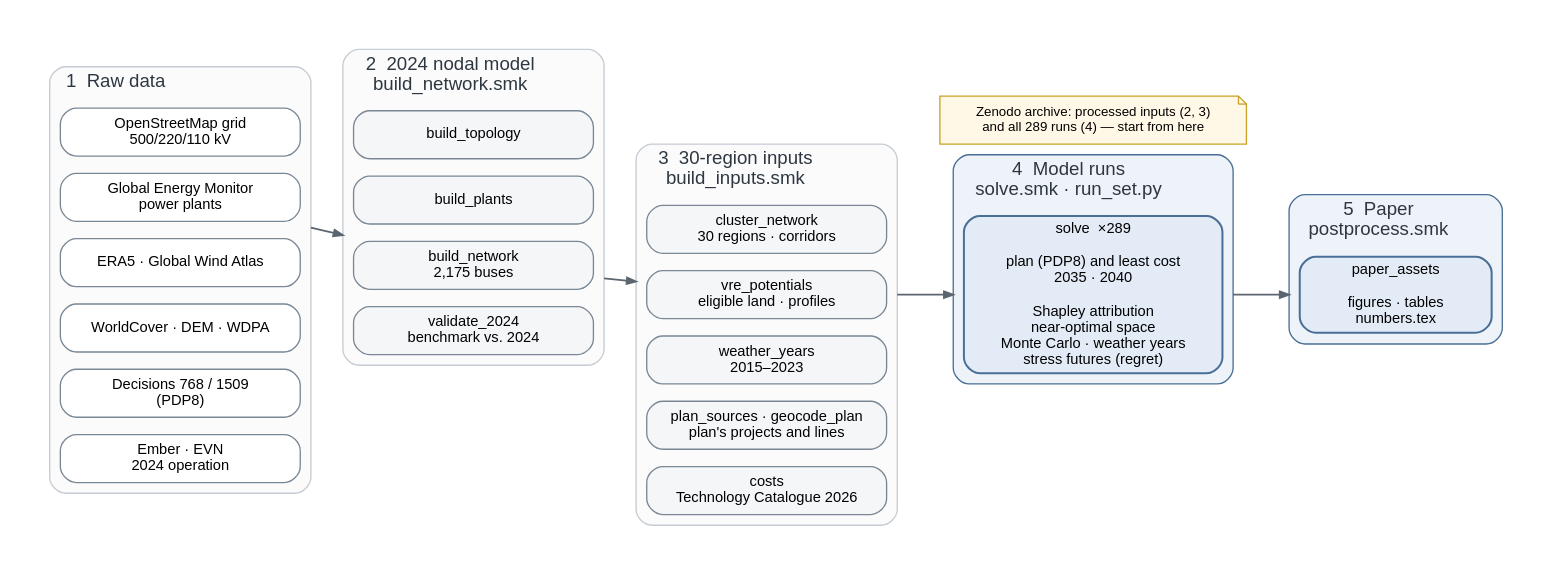
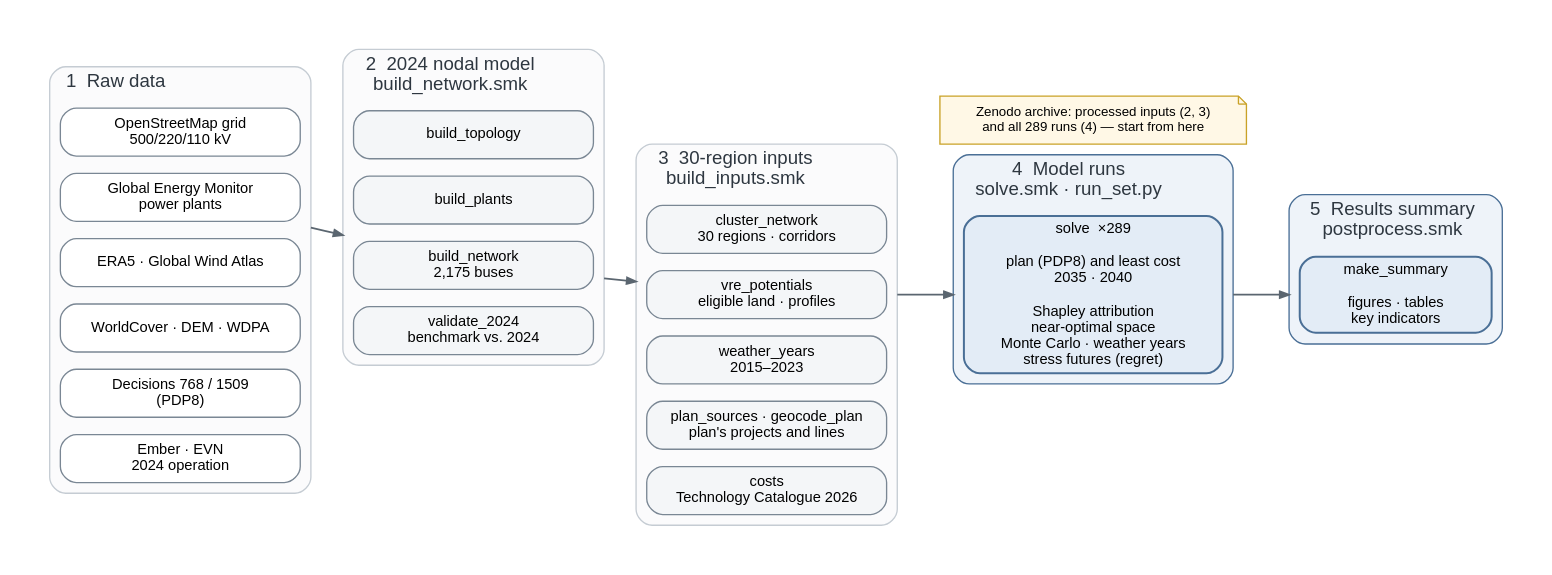
The diagram in docs/img/workflow.dot (nautel/pypsa-vn-pdp8), drawn with Graphviz before and after one commit. The commit also changed 12 other files, not shown here.

Commit message:
v1.1.1: pipeline oriented to results (make_summary: figures, tables, key_indicators.csv); Outputs section in README

```diff
--- a/docs/img/workflow.dot
+++ b/docs/img/workflow.dot
@@ -1,36 +1,36 @@
 digraph G {
   graph [rankdir=LR, compound=true, newrank=true, fontname="Helvetica", fontsize=14, nodesep=0.18, ranksep=0.55, bgcolor="white", pad=0.3, labeljust=l];
   node  [shape=box, style="rounded,filled", fontname="Helvetica", fontsize=11, color="#7a8794", fillcolor="#f4f6f8", width=2.5, margin="0.12,0.06"];
   edge  [color="#5b6670", arrowsize=0.7, penwidth=1.3];
 
   subgraph cluster_raw { label="1  Raw data"; fontcolor="#2e3740"; style="rounded,filled"; fillcolor="#fbfbfc"; color="#c5ccd3";
     {rank=same; osm [label="OpenStreetMap grid\n500/220/110 kV", fillcolor="white"];
     gem [label="Global Energy Monitor\npower plants", fillcolor="white"];
     era5 [label="ERA5 · Global Wind Atlas", fillcolor="white"];
     gis [label="WorldCover · DEM · WDPA", fillcolor="white"];
     plan [label="Decisions 768 / 1509\n(PDP8)", fillcolor="white"];
     obs [label="Ember · EVN\n2024 operation", fillcolor="white"];}
   }
   subgraph cluster_nodal { label="2  2024 nodal model\nbuild_network.smk"; fontcolor="#2e3740"; style="rounded,filled"; fillcolor="#fbfbfc"; color="#c5ccd3";
     {rank=same; topo [label="build_topology"]; plants [label="build_plants"]; net [label="build_network\n2,175 buses"]; bench [label="validate_2024\nbenchmark vs. 2024"];}
   }
   subgraph cluster_inputs { label="3  30-region inputs\nbuild_inputs.smk"; fontcolor="#2e3740"; style="rounded,filled"; fillcolor="#fbfbfc"; color="#c5ccd3";
     {rank=same; clus [label="cluster_network\n30 regions · corridors"]; vre [label="vre_potentials\neligible land · profiles"];
     wy [label="weather_years\n2015–2023"]; ps [label="plan_sources · geocode_plan\nplan's projects and lines"]; costs [label="costs\nTechnology Catalogue 2026"];}
   }
   subgraph cluster_solve { label="4  Model runs\nsolve.smk · run_set.py"; fontcolor="#2e3740"; style="rounded,filled"; fillcolor="#eef3f9"; color="#4a6f96";
     solve [label="solve  ×289\n\nplan (PDP8) and least cost\n2035 · 2040\n\nShapley attribution\nnear-optimal space\nMonte Carlo · weather years\nstress futures (regret)", fillcolor="#e3ecf6", color="#4a6f96", penwidth=1.5, width=2.7];
   }
-  subgraph cluster_post { label="5  Paper\npostprocess.smk"; fontcolor="#2e3740"; style="rounded,filled"; fillcolor="#eef3f9"; color="#4a6f96";
-    assets [label="paper_assets\n\nfigures · tables\nnumbers.tex", fillcolor="#e3ecf6", color="#4a6f96", penwidth=1.5, width=2.0];
+  subgraph cluster_post { label="5  Results summary\npostprocess.smk"; fontcolor="#2e3740"; style="rounded,filled"; fillcolor="#eef3f9"; color="#4a6f96";
+    assets [label="make_summary\n\nfigures · tables\nkey indicators", fillcolor="#e3ecf6", color="#4a6f96", penwidth=1.5, width=2.0];
   }
   zen [shape=note, label="Zenodo archive: processed inputs (2, 3)\nand all 289 runs (4) — start from here", fillcolor="#fff8e6", color="#c9a227", fontsize=10, width=3.2];
 
   gem -> net [ltail=cluster_raw, lhead=cluster_nodal];
   net -> vre [ltail=cluster_nodal, lhead=cluster_inputs];
   plan -> wy [ltail=cluster_raw, lhead=cluster_inputs, style=invis];
   vre -> solve [ltail=cluster_inputs, lhead=cluster_solve];
   solve -> assets [ltail=cluster_solve, lhead=cluster_post];
   {rank=same; solve; zen}
   solve -> zen [style=invis];
 }
```
